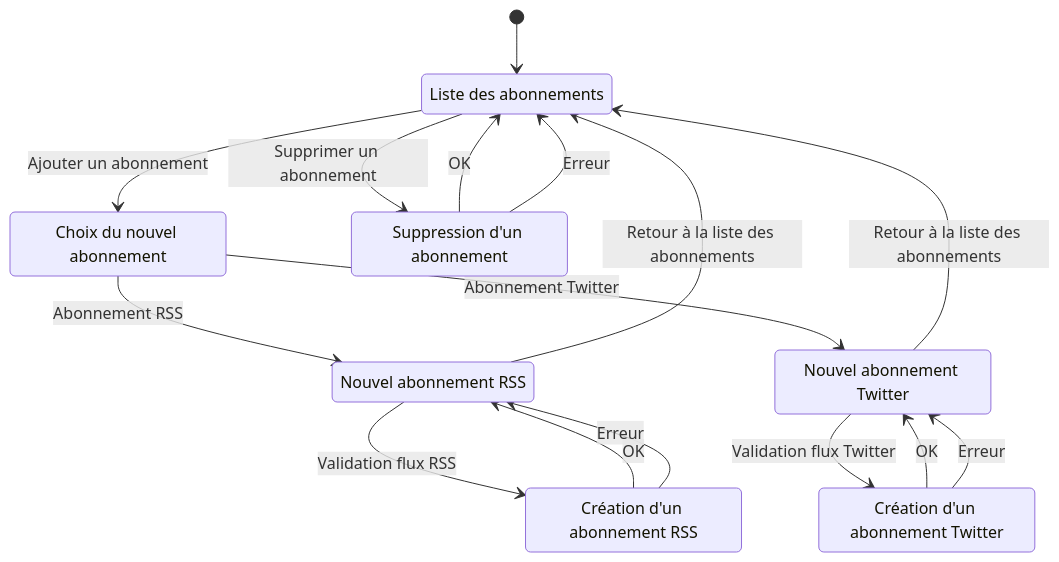
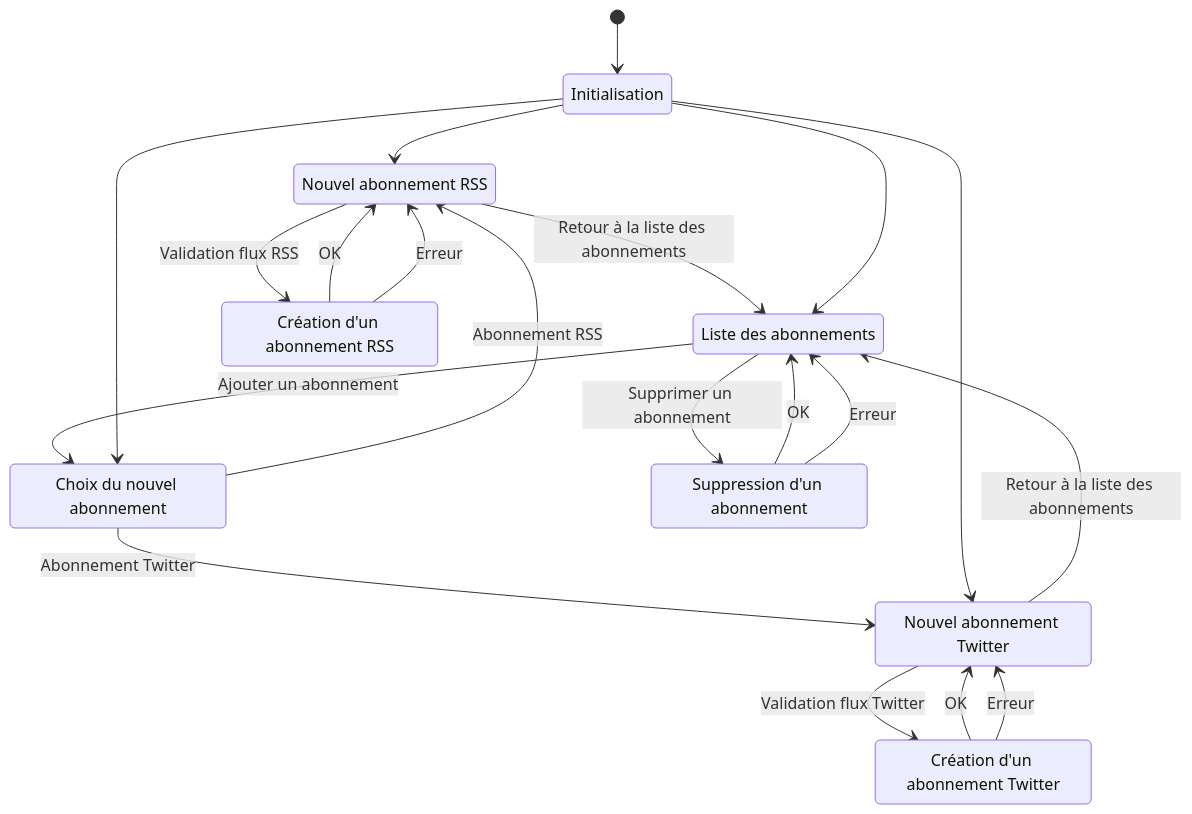
The diagram in src/abonnements/abonnements.machine.doc.test.md (acailly/state-machine-rss-reader), drawn with Mermaid before and after one commit. The commit also changed other lines of this file and 50 other files, not shown here.

````diff
--- a/src/abonnements/abonnements.machine.doc.test.md
+++ b/src/abonnements/abonnements.machine.doc.test.md
@@ -5,27 +5,32 @@
 ```mermaid
 stateDiagram-v2  
 %% abonnements  
-	[*] --> Liste_des_abonnements  
+	[*] --> Initialisation  
 	Liste_des_abonnements: Liste des abonnements  
 	Choix_du_nouvel_abonnement: Choix du nouvel abonnement  
 	Nouvel_abonnement_RSS: Nouvel abonnement RSS  
 	Nouvel_abonnement_Twitter: Nouvel abonnement Twitter  
 	Suppression_d'un_abonnement: Suppression d'un abonnement  
 	Création_d'un_abonnement_RSS: Création d'un abonnement RSS  
 	Création_d'un_abonnement_Twitter: Création d'un abonnement Twitter  
+	Initialisation: Initialisation  
 	Liste_des_abonnements --> Suppression_d'un_abonnement: Supprimer un abonnement  
 	Liste_des_abonnements --> Choix_du_nouvel_abonnement: Ajouter un abonnement  
 	Choix_du_nouvel_abonnement --> Nouvel_abonnement_RSS: Abonnement RSS  
 	Choix_du_nouvel_abonnement --> Nouvel_abonnement_Twitter: Abonnement Twitter  
 	Nouvel_abonnement_RSS --> Création_d'un_abonnement_RSS: Validation flux RSS  
 	Nouvel_abonnement_RSS --> Liste_des_abonnements: Retour à la liste des abonnements  
 	Nouvel_abonnement_Twitter --> Création_d'un_abonnement_Twitter: Validation flux Twitter  
 	Nouvel_abonnement_Twitter --> Liste_des_abonnements: Retour à la liste des abonnements  
 	Suppression_d'un_abonnement --> Liste_des_abonnements: OK  
 	Suppression_d'un_abonnement --> Liste_des_abonnements: Erreur  
 	Création_d'un_abonnement_RSS --> Nouvel_abonnement_RSS: OK  
 	Création_d'un_abonnement_RSS --> Nouvel_abonnement_RSS: Erreur  
 	Création_d'un_abonnement_Twitter --> Nouvel_abonnement_Twitter: OK  
 	Création_d'un_abonnement_Twitter --> Nouvel_abonnement_Twitter: Erreur  
+	Initialisation --> Nouvel_abonnement_RSS:   
+	Initialisation --> Nouvel_abonnement_Twitter:   
+	Initialisation --> Choix_du_nouvel_abonnement:   
+	Initialisation --> Liste_des_abonnements:   
 
 ```
````
